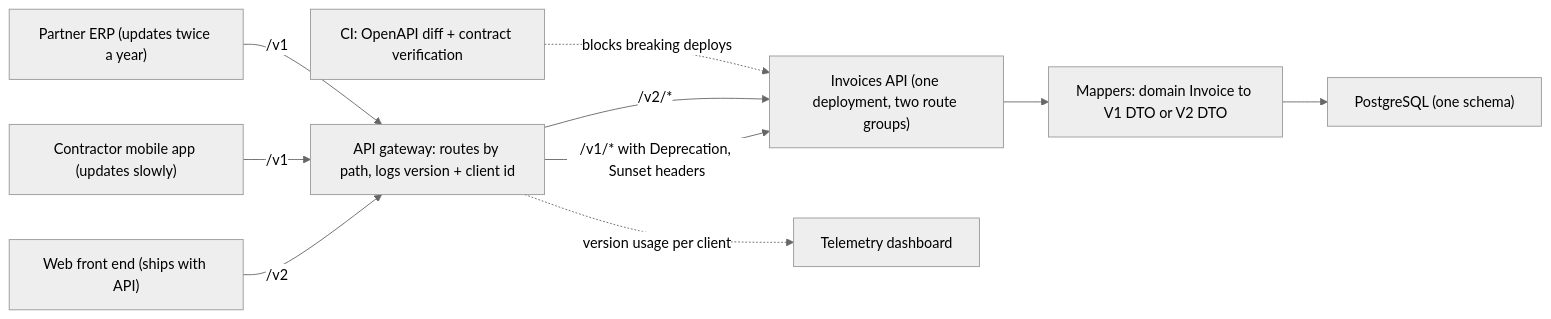
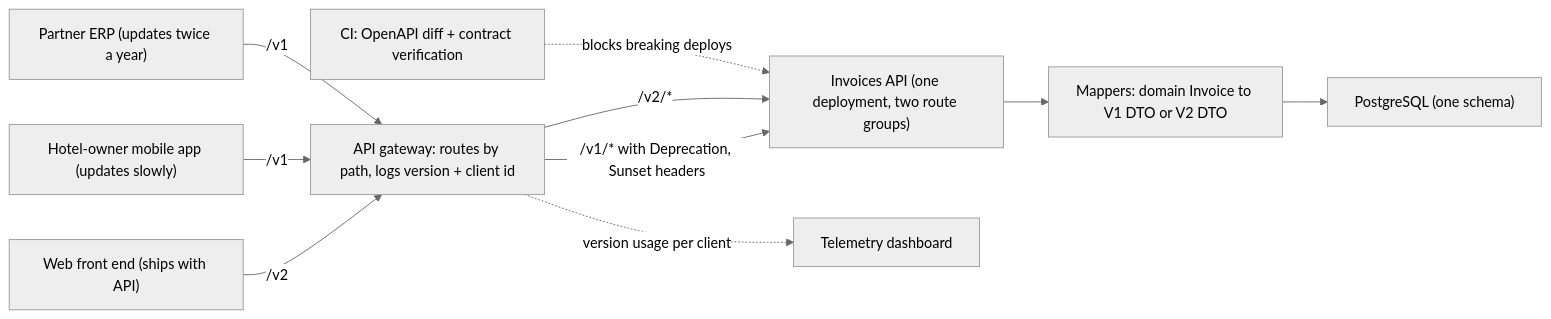
The first of 3 diagrams in content/lessons/m10/m10-versioning-contracts.md (rizwi0786/system-design-lab), drawn with Mermaid (neutral theme) before and after one commit. The commit also changed other lines of this file and 334 other files, not shown here.

````diff
--- a/content/lessons/m10/m10-versioning-contracts.md
+++ b/content/lessons/m10/m10-versioning-contracts.md
@@ -160,12 +160,12 @@
 ```mermaid
 flowchart LR
     W["Web front end (ships with API)"] -->|"/v2"| GW["API gateway: routes by path, logs version + client id"]
-    M["Contractor mobile app (updates slowly)"] -->|"/v1"| GW
+    M["Hotel-owner mobile app (updates slowly)"] -->|"/v1"| GW
     E["Partner ERP (updates twice a year)"] -->|"/v1"| GW
     GW -->|"/v1/* with Deprecation, Sunset headers"| API["Invoices API (one deployment, two route groups)"]
     GW -->|"/v2/*"| API
     API --> MAP["Mappers: domain Invoice to V1 DTO or V2 DTO"]
     MAP --> DB["PostgreSQL (one schema)"]
     GW -. "version usage per client" .-> TEL["Telemetry dashboard"]
     CI["CI: OpenAPI diff + contract verification"] -. "blocks breaking deploys" .-> API
 ```
````
